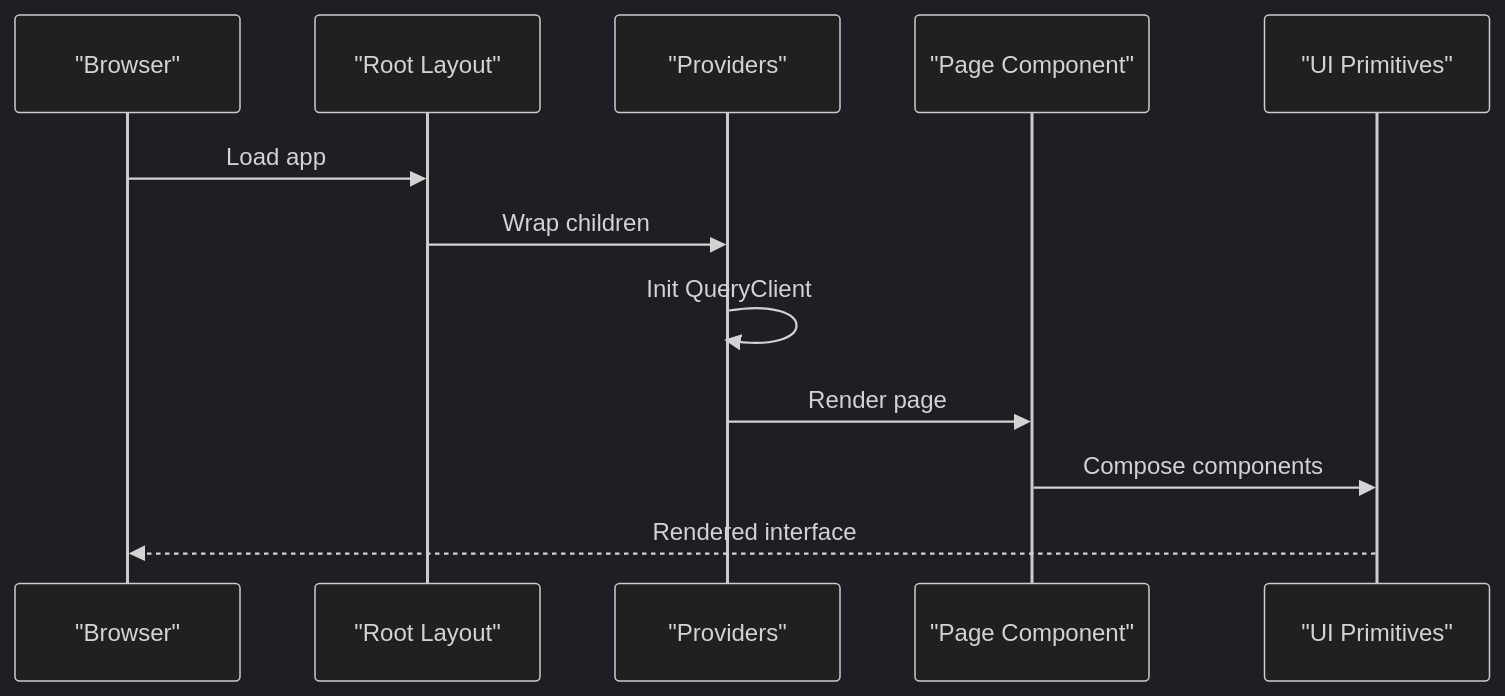
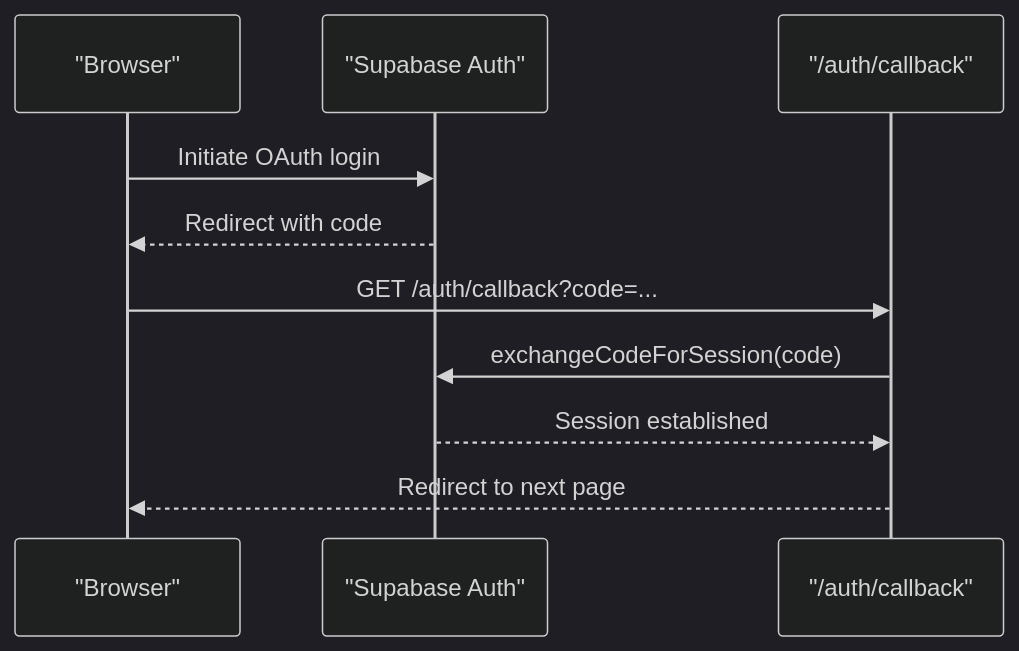
One commit to Daniiyal-creates/MedAce-AI changed the fifth of 9 diagrams in .qoder/repowiki/en/content/Architecture Overview/Architecture Overview.md. Above: the diagram before and after it, drawn with Mermaid (dark theme). The commit also changed other lines of this file and 159 other files, not shown here.

````diff
--- a/.qoder/repowiki/en/content/Architecture Overview/Architecture Overview.md
+++ b/.qoder/repowiki/en/content/Architecture Overview/Architecture Overview.md
@@ -403,14 +184,12 @@
 ```mermaid
 sequenceDiagram
-participant Browser as "Browser"
-participant Layout as "Root Layout"
-participant Providers as "Providers"
-participant Page as "Page Component"
-participant UI as "UI Primitives"
-Browser->>Layout : Load app
-Layout->>Providers : Wrap children
-Providers->>Providers : Init QueryClient
-Providers->>Page : Render page
-Page->>UI : Compose components
-UI-->>Browser : Rendered interface
+participant B as "Browser"
+participant C as "Supabase Auth"
+participant R as "/auth/callback"
+B->>C : Initiate OAuth login
+C-->>B : Redirect with code
+B->>R : GET /auth/callback?code=...
+R->>C : exchangeCodeForSession(code)
+C-->>R : Session established
+R-->>B : Redirect to next page
 ```
````
